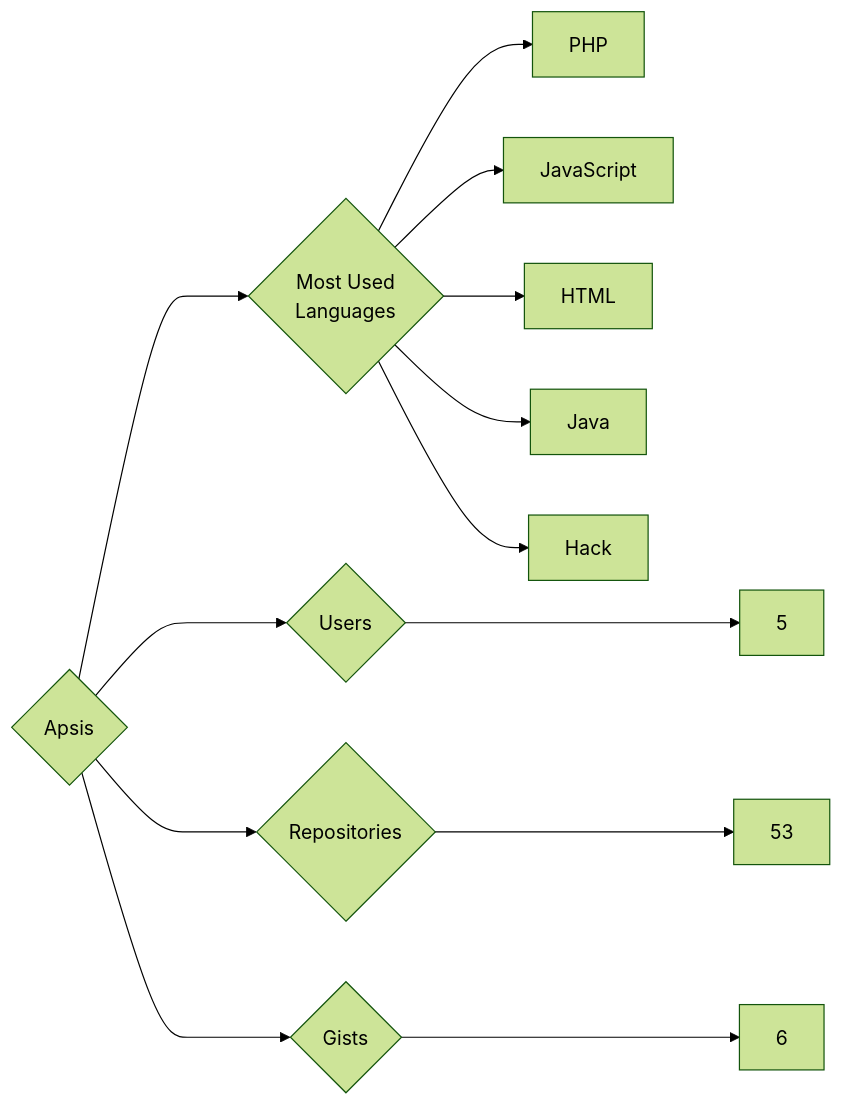
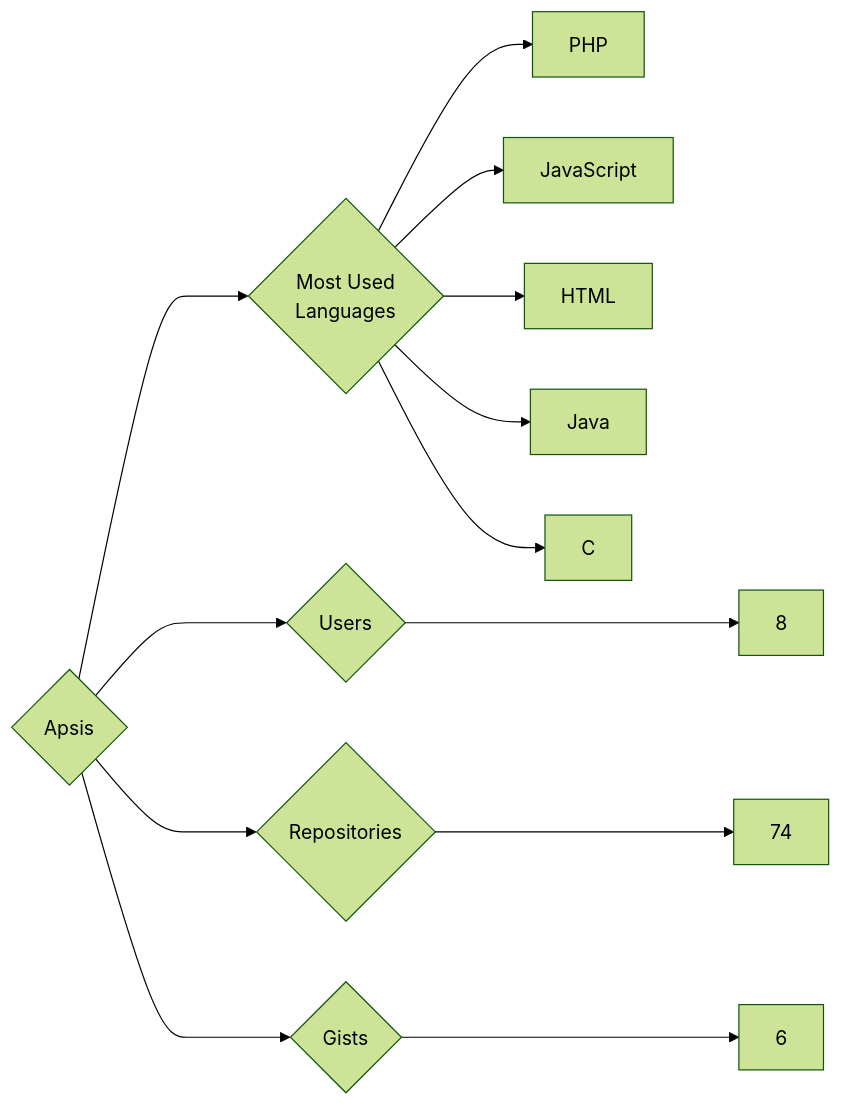
Before and after one commit to trickest/insiders: the diagram in targets/Apsis/README.md, drawn with Mermaid (forest theme). The commit also changed 1007 other files, not shown here.

````diff
--- a/targets/Apsis/README.md
+++ b/targets/Apsis/README.md
@@ -3,13 +3,13 @@
 ```mermaid
 graph LR
 COMPANY_NAME{Apsis}
-COMPANY_NAME ---> U{Users} ---> UN[5]
-COMPANY_NAME ---> R{Repositories} ---> RN[53]
+COMPANY_NAME ---> U{Users} ---> UN[8]
+COMPANY_NAME ---> R{Repositories} ---> RN[74]
 COMPANY_NAME ---> G{Gists} ---> GN[6]
 COMPANY_NAME ---> ML{Most Used<br>Languages}
 ML --> PHP[PHP]
 ML --> JavaScript[JavaScript]
 ML --> HTML[HTML]
 ML --> Java[Java]
-ML --> Hack[Hack]
+ML --> C[C]
 ```
````
